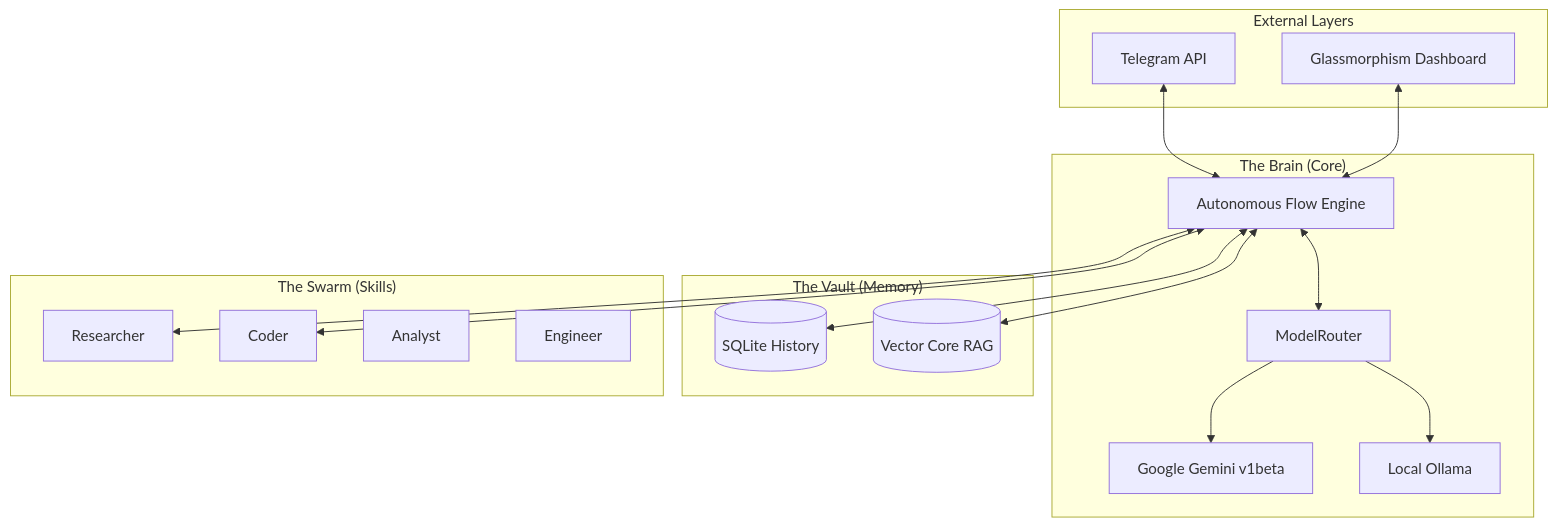
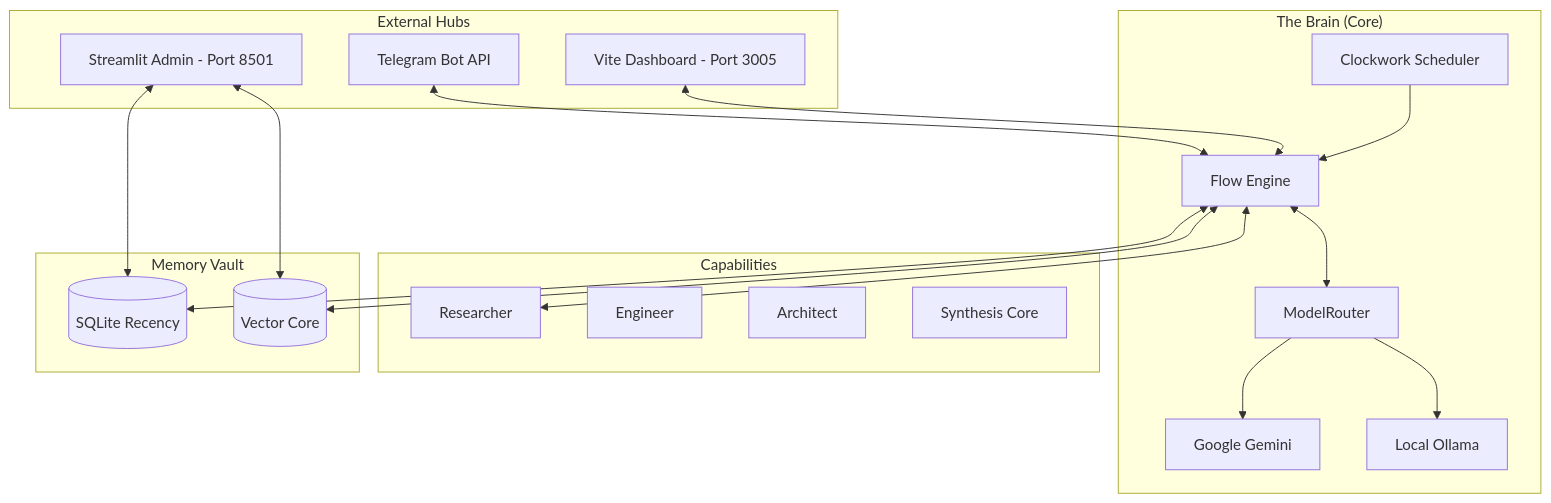
One commit to roqaiahanjum/OpenClaw-echo changed the diagram in README.md. Above: the diagram before and after it, drawn with Mermaid. The commit also changed other lines of this file and 1 other file, not shown here.

Commit message:
Add Streamlit Admin Dashboard and update documentation

````diff
--- a/README.md
+++ b/README.md
@@ -47,34 +49,37 @@
 ```mermaid
 graph TD
-    subgraph "External Layers"
-        T[Telegram API]
-        WEB[Glassmorphism Dashboard]
+    subgraph "External Hubs"
+        T[Telegram Bot API]
+        WEB[Vite Dashboard - Port 3005]
+        ADM[Streamlit Admin - Port 8501]
     end
 
     subgraph "The Brain (Core)"
-        R[ModelRouter]
-        R --> G[Google Gemini v1beta]
+        R[ModelRouter] --> G[Google Gemini]
         R --> O[Local Ollama]
-        E[Autonomous Flow Engine]
+        E[Flow Engine]
+        C[Clockwork Scheduler]
     end
 
-    subgraph "The Vault (Memory)"
-        SQL[(SQLite History)]
-        VEC[(Vector Core RAG)]
+    subgraph "Capabilities"
+        S1[Researcher]
+        S2[Engineer]
+        S3[Architect]
+        S4[Synthesis Core]
     end
 
-    subgraph "The Swarm (Skills)"
-        S1[Researcher]
-        S2[Coder]
-        S3[Analyst]
-        S4[Engineer]
+    subgraph "Memory Vault"
+        SQL[(SQLite Recency)]
+        VEC[(Vector Core)]
     end
 
     T <--> E
     WEB <--> E
+    ADM <--> SQL
+    ADM <--> VEC
     E <--> R
     E <--> SQL
     E <--> VEC
     E <--> S1
-    E <--> S2
+    C --> E
 ```
````
